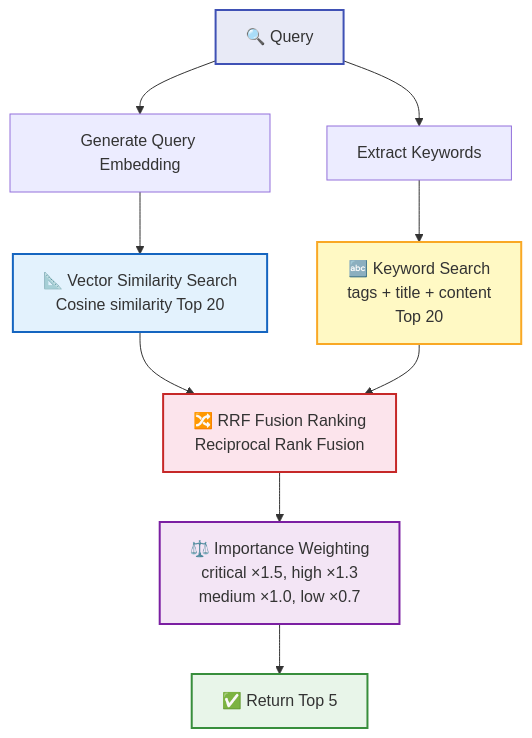
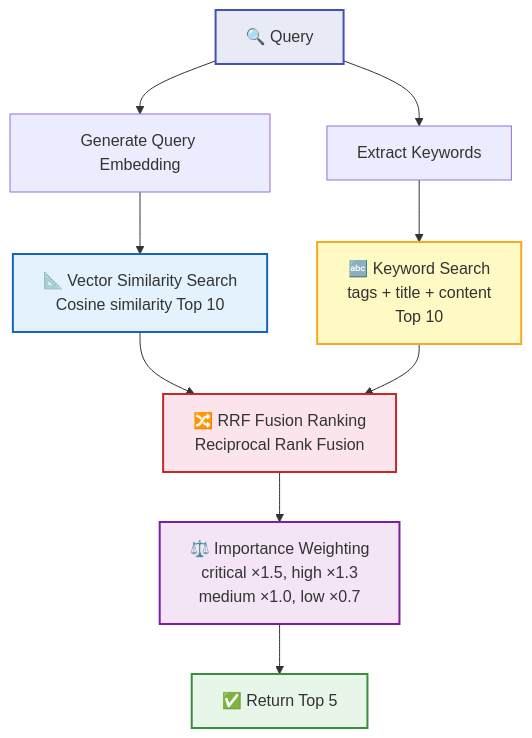
One commit to rtc-agent/docs changed the fourth of 7 diagrams in src/content/docs/en/features/memory.md. Above: the diagram before and after it, drawn with Mermaid. The commit also changed other lines of this file and 60 other files, not shown here.

First line of the commit message:
docs(site): refresh documentation with new sections and improved diagrams

````diff
--- a/src/content/docs/en/features/memory.md
+++ b/src/content/docs/en/features/memory.md
@@ -168,21 +168,21 @@
 ```mermaid
 flowchart TD
     Q["🔍 Query"] --> VE["Generate Query Embedding"]
     Q --> KW["Extract Keywords"]
 
-    VE --> VS["📐 Vector Similarity Search<br/>Cosine similarity Top 20"]
-    KW --> KS["🔤 Keyword Search<br/>tags + title + content<br/>Top 20"]
+    VE --> VS["📐 Vector Similarity Search<br/>Cosine similarity Top 10"]
+    KW --> KS["🔤 Keyword Search<br/>tags + title + content<br/>Top 10"]
 
     VS --> FUSION["🔀 RRF Fusion Ranking<br/>Reciprocal Rank Fusion"]
     KS --> FUSION
 
     FUSION --> FILTER["⚖️ Importance Weighting<br/>critical ×1.5, high ×1.3<br/>medium ×1.0, low ×0.7"]
     FILTER --> TOP["✅ Return Top 5"]
 
     style Q fill:#e8eaf6,stroke:#3f51b5,stroke-width:2px
     style VS fill:#e3f2fd,stroke:#1565c0,stroke-width:2px
     style KS fill:#fff9c4,stroke:#f9a825,stroke-width:2px
     style FUSION fill:#fce4ec,stroke:#c62828,stroke-width:2px
     style FILTER fill:#f3e5f5,stroke:#7b1fa2,stroke-width:2px
     style TOP fill:#e8f5e9,stroke:#388e3c,stroke-width:2px
 ```
````
